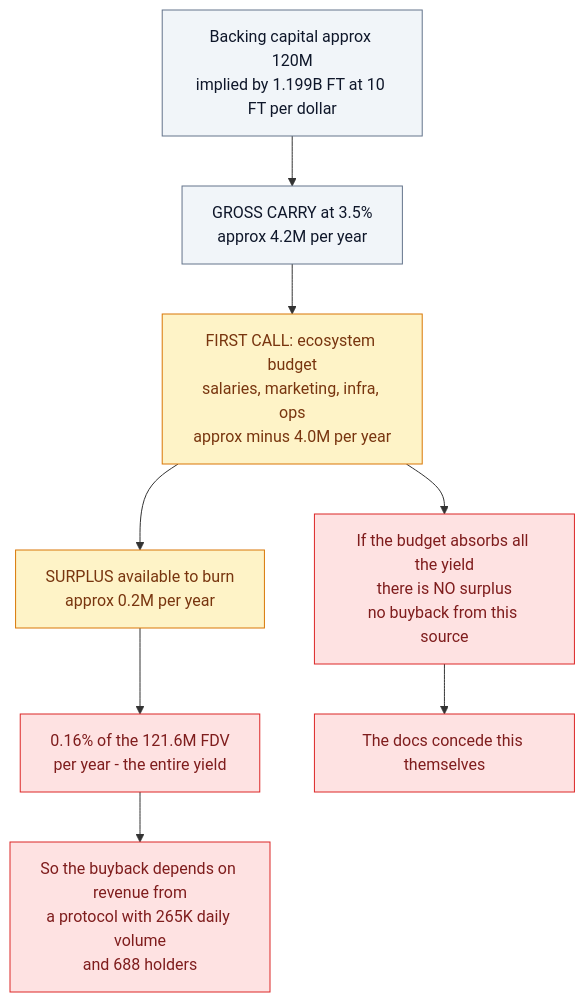
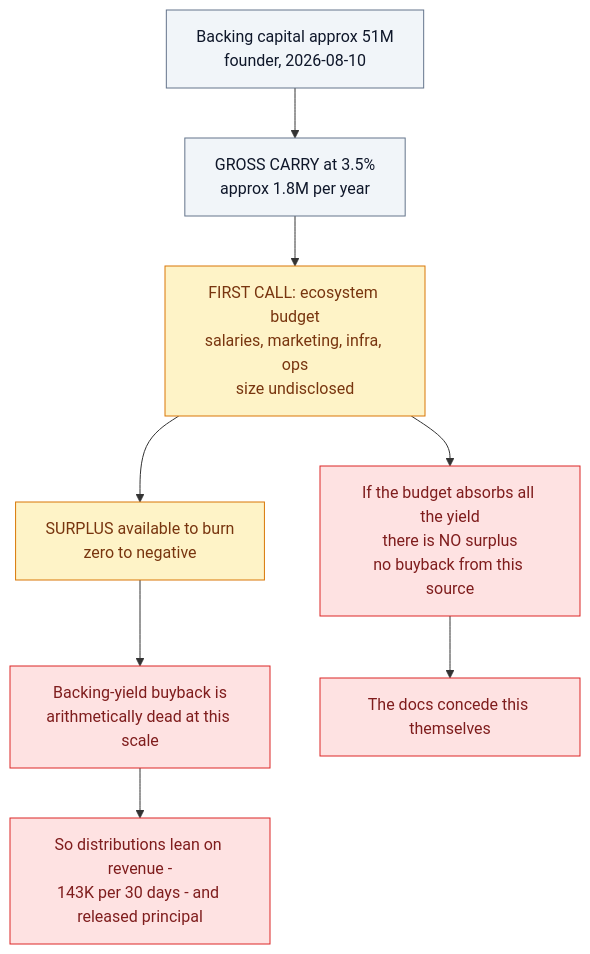
Before and after one commit to m0n3r0/flying-tulip-audit: the fourth of 6 diagrams in reports/FINAL_REPORT.md, drawn with Mermaid. The commit also changed other lines of this file and 5 other files, not shown here.

````diff
--- a/reports/FINAL_REPORT.md
+++ b/reports/FINAL_REPORT.md
@@ -280,25 +292,25 @@
 ```mermaid
 flowchart TB
-    BC["Backing capital approx 120M<br/>implied by 1.199B FT at 10 FT per dollar"]
+    BC["Backing capital approx 51M<br/>founder, 2026-08-10"]
 
-    BC --> GROSS["GROSS CARRY at 3.5%<br/>approx 4.2M per year"]
+    BC --> GROSS["GROSS CARRY at 3.5%<br/>approx 1.8M per year"]
 
-    GROSS --> W1["FIRST CALL: ecosystem budget<br/>salaries, marketing, infra, ops<br/>approx minus 4.0M per year"]
+    GROSS --> W1["FIRST CALL: ecosystem budget<br/>salaries, marketing, infra, ops<br/>size undisclosed"]
 
-    W1 --> SURPLUS["SURPLUS available to burn<br/>approx 0.2M per year"]
+    W1 --> SURPLUS["SURPLUS available to burn<br/>zero to negative"]
 
-    SURPLUS --> PCT["0.16% of the 121.6M FDV<br/>per year - the entire yield"]
+    SURPLUS --> PCT["Backing-yield buyback is<br/>arithmetically dead at this scale"]
 
     W1 --> ZERO["If the budget absorbs all the yield<br/>there is NO surplus<br/>no buyback from this source"]
 
     ZERO --> QUOTE["The docs concede this themselves"]
 
-    PCT --> ALT["So the buyback depends on revenue from<br/>a protocol with 265K daily volume<br/>and 688 holders"]
+    PCT --> ALT["So distributions lean on revenue -<br/>143K per 30 days - and released principal"]
 
     classDef warn fill:#fef3c7,stroke:#d97706,color:#78350f
     classDef bad fill:#fee2e2,stroke:#dc2626,color:#7f1d1d
     classDef neutral fill:#f1f5f9,stroke:#64748b,color:#0f172a
     class BC,GROSS neutral
     class W1,SURPLUS warn
     class PCT,ZERO,QUOTE,ALT bad
 ```
````
